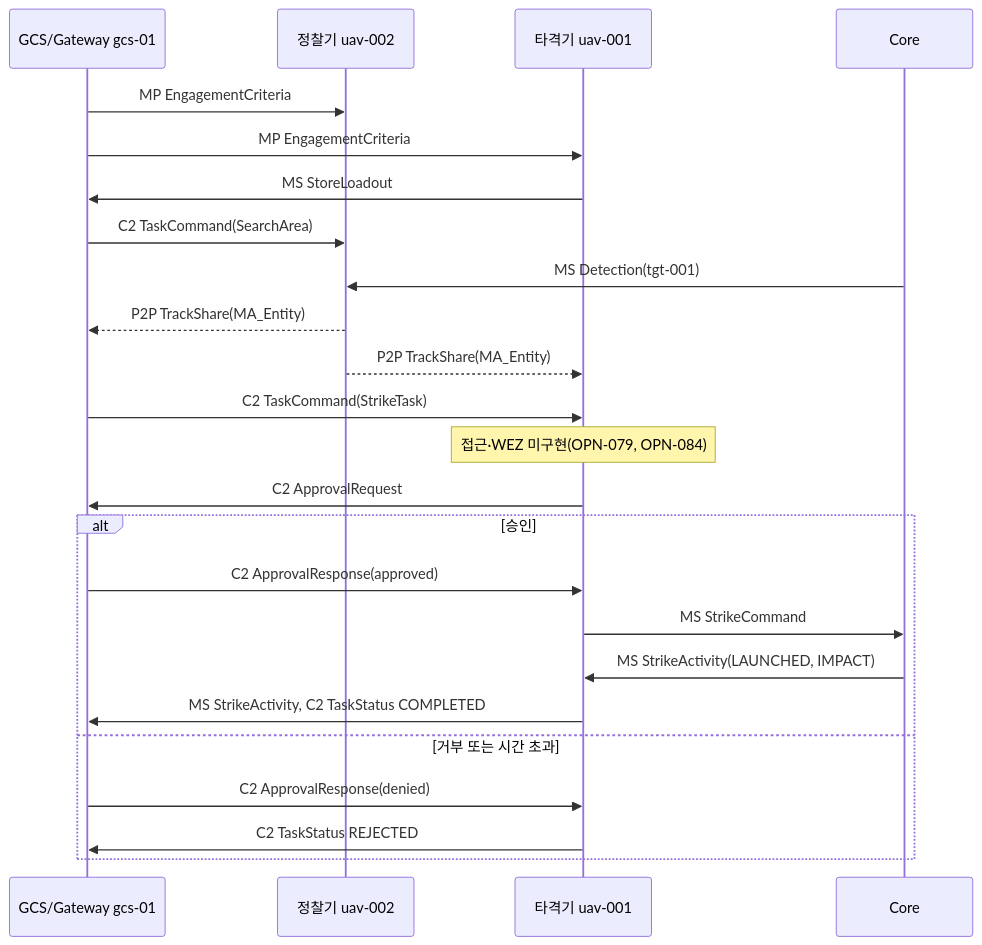
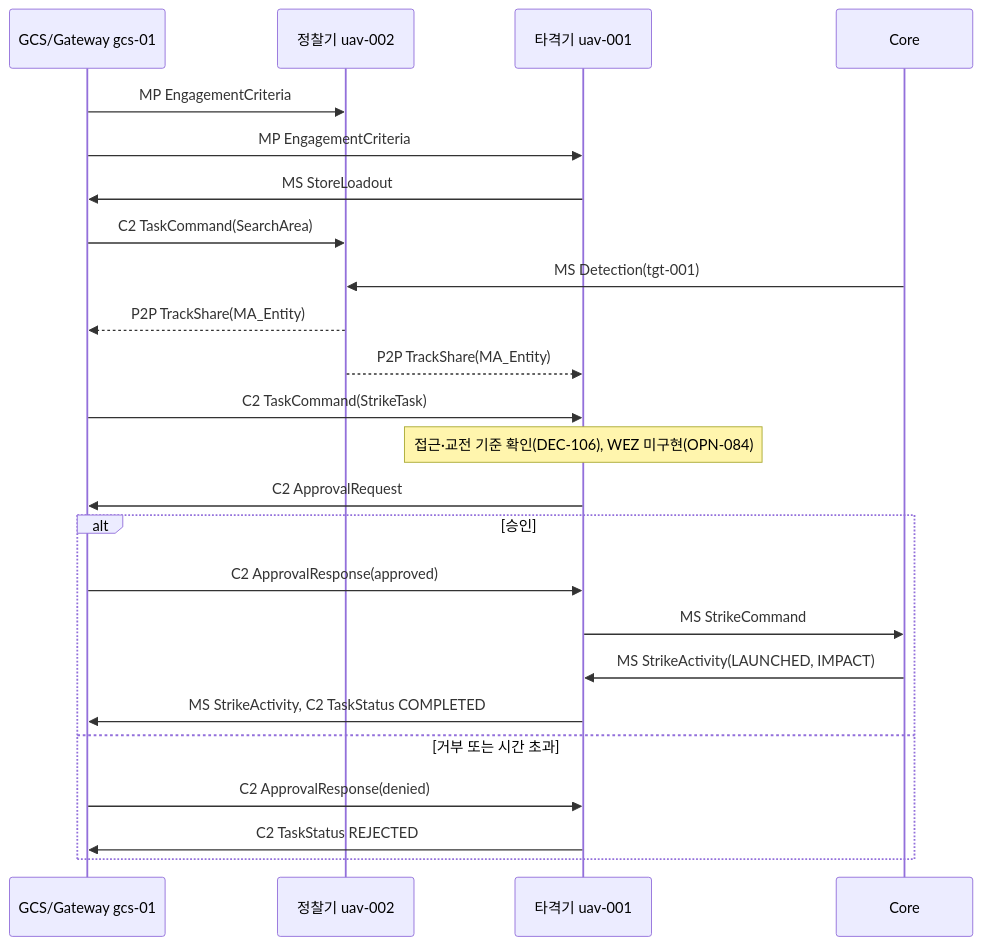
The third of 6 diagrams in docs/50_operational_scenarios.md (Kimbyung-wook/SwarmFlSim), drawn with Mermaid before and after one commit. The commit also changed other lines of this file and 2 other files, not shown here.

Commit message:
docs/50 운용 시나리오 기능 상태를 0.24.0 기준으로 갱신 (DEC-106, DEC-107, IMP-AGT-060)

````diff
--- a/docs/50_operational_scenarios.md
+++ b/docs/50_operational_scenarios.md
@@ -338,26 +338,26 @@
 ```mermaid
 sequenceDiagram
     participant G as GCS/Gateway gcs-01
     participant R as 정찰기 uav-002
     participant S as 타격기 uav-001
     participant C as Core
     G->>R: MP EngagementCriteria
     G->>S: MP EngagementCriteria
     S->>G: MS StoreLoadout
     G->>R: C2 TaskCommand(SearchArea)
     C->>R: MS Detection(tgt-001)
     R-->>G: P2P TrackShare(MA_Entity)
     R-->>S: P2P TrackShare(MA_Entity)
     G->>S: C2 TaskCommand(StrikeTask)
-    Note over S: 접근·WEZ 미구현(OPN-079, OPN-084)
+    Note over S: 접근·교전 기준 확인(DEC-106), WEZ 미구현(OPN-084)
     S->>G: C2 ApprovalRequest
     alt 승인
         G->>S: C2 ApprovalResponse(approved)
         S->>C: MS StrikeCommand
         C->>S: MS StrikeActivity(LAUNCHED, IMPACT)
         S->>G: MS StrikeActivity, C2 TaskStatus COMPLETED
     else 거부 또는 시간 초과
         G->>S: C2 ApprovalResponse(denied)
         S->>G: C2 TaskStatus REJECTED
     end
 ```
````
